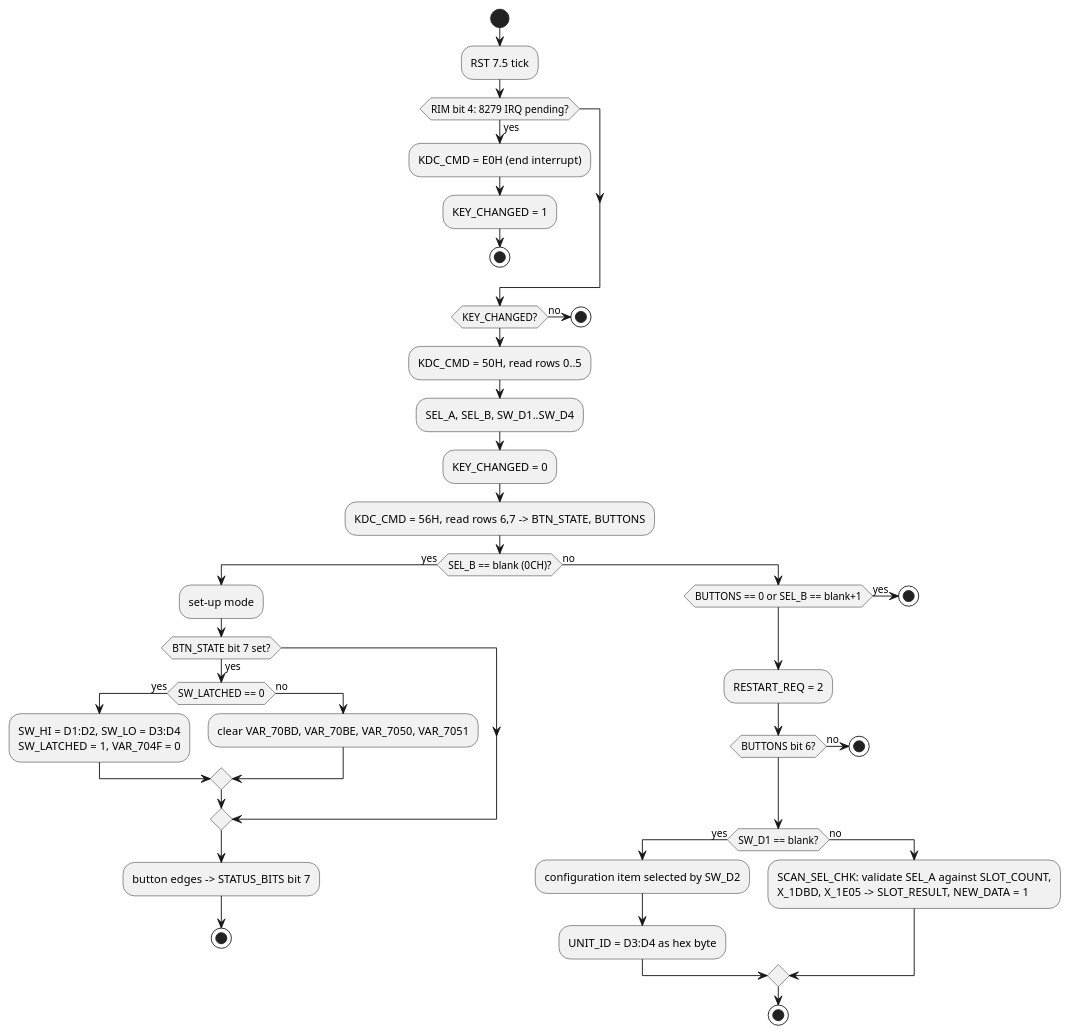
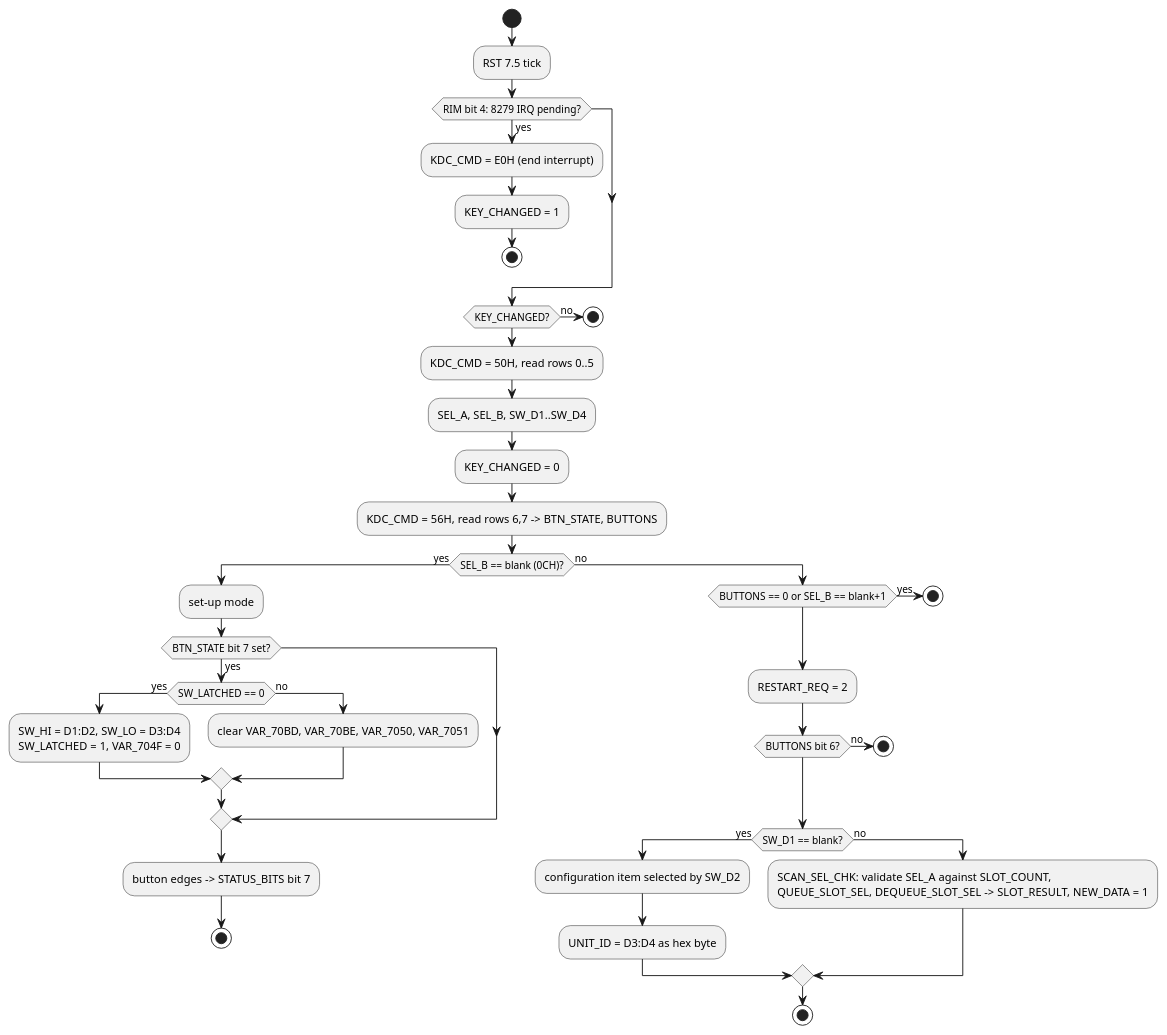
The diagram in docs/front-panel.md (Mwwhited-BookLearning/navtec-roms), drawn with PlantUML before and after one commit. The commit also changed 8 other files, not shown here.

````diff
--- a/docs/front-panel.md
+++ b/docs/front-panel.md
@@ -46,47 +46,47 @@
 ```plantuml
 @startuml
 start
 :RST 7.5 tick;
 if (RIM bit 4: 8279 IRQ pending?) then (yes)
   :KDC_CMD = E0H (end interrupt);
   :KEY_CHANGED = 1;
   stop
 endif
 if (KEY_CHANGED?) then (no)
   stop
 endif
 :KDC_CMD = 50H, read rows 0..5;
 :SEL_A, SEL_B, SW_D1..SW_D4;
 :KEY_CHANGED = 0;
 :KDC_CMD = 56H, read rows 6,7 -> BTN_STATE, BUTTONS;
 if (SEL_B == blank (0CH)?) then (yes)
   :set-up mode;
   if (BTN_STATE bit 7 set?) then (yes)
     if (SW_LATCHED == 0) then (yes)
       :SW_HI = D1:D2, SW_LO = D3:D4
       SW_LATCHED = 1, VAR_704F = 0;
     else (no)
       :clear VAR_70BD, VAR_70BE, VAR_7050, VAR_7051;
     endif
   endif
   :button edges -> STATUS_BITS bit 7;
   stop
 else (no)
   if (BUTTONS == 0 or SEL_B == blank+1) then (yes)
     stop
   endif
   :RESTART_REQ = 2;
   if (BUTTONS bit 6?) then (no)
     stop
   endif
   if (SW_D1 == blank?) then (yes)
     :configuration item selected by SW_D2;
     :UNIT_ID = D3:D4 as hex byte;
   else (no)
     :SCAN_SEL_CHK: validate SEL_A against SLOT_COUNT,
-    X_1DBD, X_1E05 -> SLOT_RESULT, NEW_DATA = 1;
+    QUEUE_SLOT_SEL, DEQUEUE_SLOT_SEL -> SLOT_RESULT, NEW_DATA = 1;
   endif
   stop
 endif
 @enduml
 ```
````
